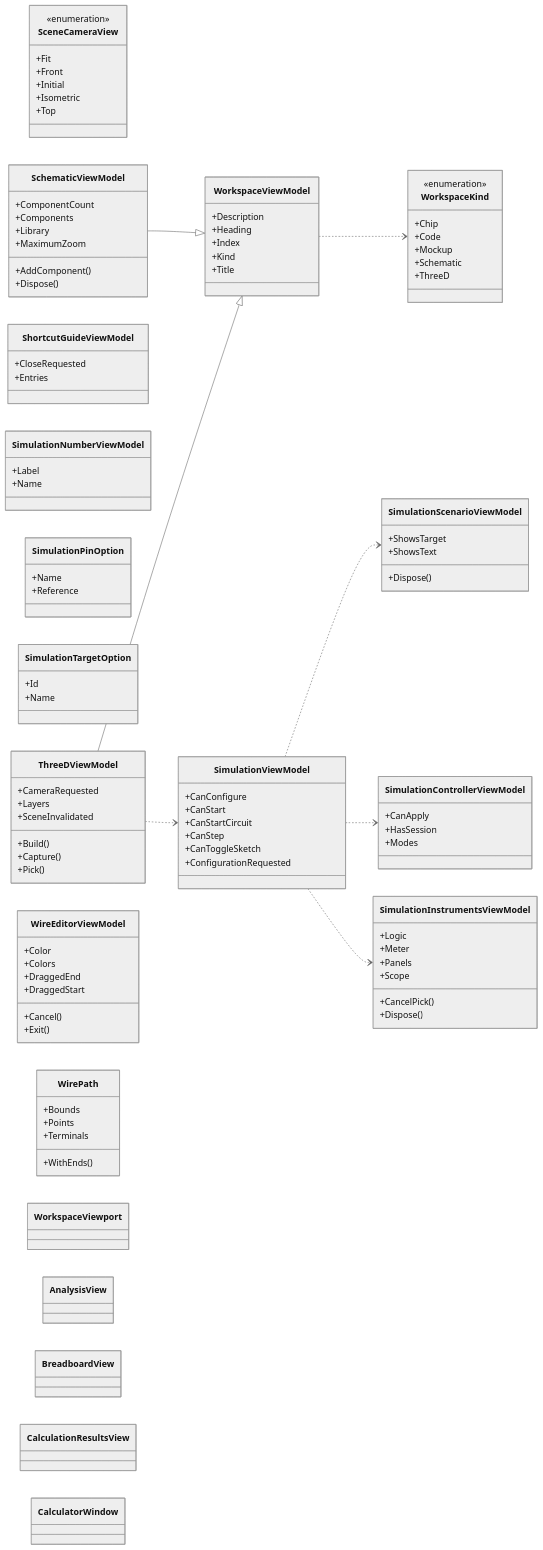
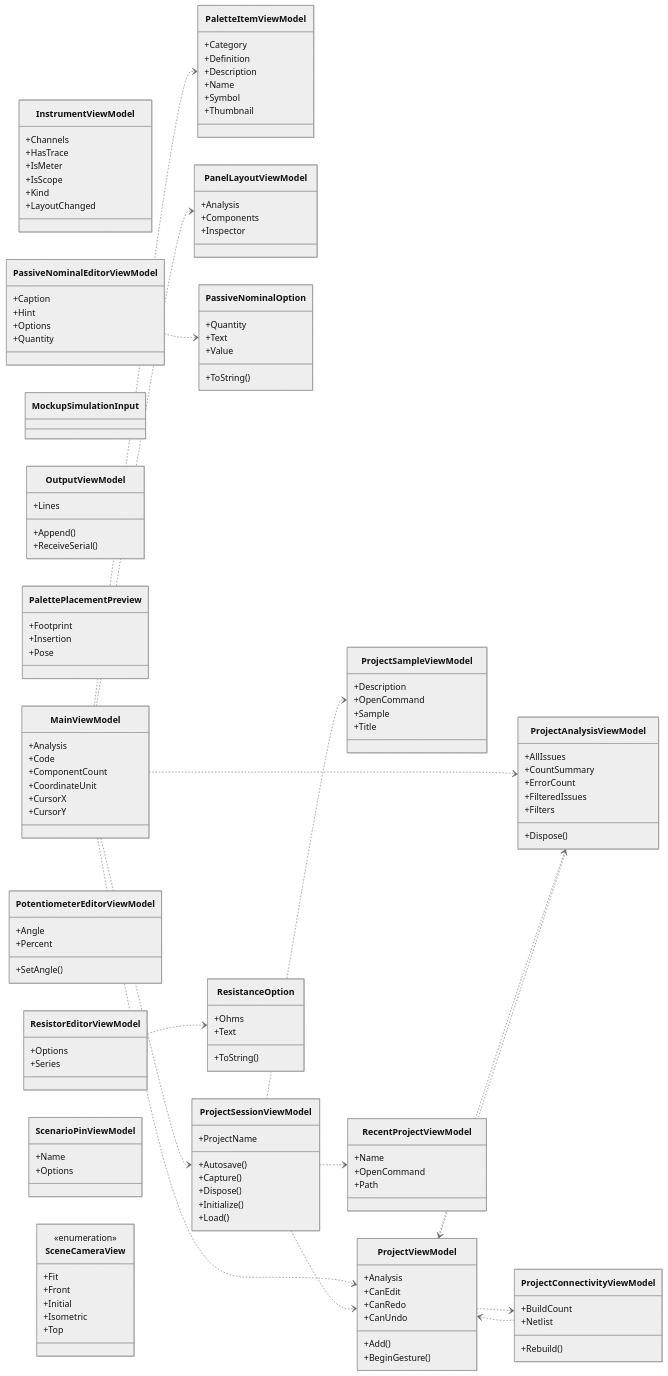
One commit to Ismail-DEV-dg/3D-physical-Technical-constructor changed the diagram in docs/uml/generated/views-viewmodels-app-07.mmd. Above: the diagram before and after it, drawn with Mermaid (neutral theme). The commit also changed 119 other files, not shown here.

Commit message:
Обновить руководство, галерею и UML для Circuit Editor 1.0.0

```diff
--- a/docs/uml/generated/views-viewmodels-app-07.mmd
+++ b/docs/uml/generated/views-viewmodels-app-07.mmd
@@ -1,94 +1,115 @@
 classDiagram
     direction LR
-    class T01["SceneCameraView"]
-    <<enumeration>> T01
-    T01 : +Fit
-    T01 : +Front
-    T01 : +Initial
-    T01 : +Isometric
-    T01 : +Top
-    class T02["SchematicViewModel"]
-    T02 : +AddComponent()
+    class T01["InstrumentViewModel"]
+    T01 : +Channels
+    T01 : +HasTrace
+    T01 : +IsMeter
+    T01 : +IsScope
+    T01 : +Kind
+    T01 : +LayoutChanged
+    class T02["MainViewModel"]
+    T02 : +Analysis
+    T02 : +Code
     T02 : +ComponentCount
-    T02 : +Components
-    T02 : +Dispose()
-    T02 : +Library
-    T02 : +MaximumZoom
-    class T03["ShortcutGuideViewModel"]
-    T03 : +CloseRequested
-    T03 : +Entries
-    class T04["SimulationControllerViewModel"]
-    T04 : +CanApply
-    T04 : +HasSession
-    T04 : +Modes
-    class T05["SimulationInstrumentsViewModel"]
-    T05 : +CancelPick()
-    T05 : +Dispose()
-    T05 : +Logic
-    T05 : +Meter
-    T05 : +Panels
-    T05 : +Scope
-    class T06["SimulationNumberViewModel"]
-    T06 : +Label
-    T06 : +Name
-    class T07["SimulationPinOption"]
-    T07 : +Name
-    T07 : +Reference
-    class T08["SimulationScenarioViewModel"]
-    T08 : +Dispose()
-    T08 : +ShowsTarget
-    T08 : +ShowsText
-    class T09["SimulationTargetOption"]
-    T09 : +Id
-    T09 : +Name
-    class T10["SimulationViewModel"]
-    T10 : +CanConfigure
-    T10 : +CanStart
-    T10 : +CanStartCircuit
-    T10 : +CanStep
-    T10 : +CanToggleSketch
-    T10 : +ConfigurationRequested
-    class T11["ThreeDViewModel"]
-    T11 : +Build()
-    T11 : +CameraRequested
-    T11 : +Capture()
-    T11 : +Layers
-    T11 : +Pick()
-    T11 : +SceneInvalidated
-    class T12["WireEditorViewModel"]
-    T12 : +Cancel()
-    T12 : +Color
-    T12 : +Colors
-    T12 : +DraggedEnd
-    T12 : +DraggedStart
-    T12 : +Exit()
-    class T13["WirePath"]
-    T13 : +Bounds
-    T13 : +Points
-    T13 : +Terminals
-    T13 : +WithEnds()
-    class T14["WorkspaceKind"]
-    <<enumeration>> T14
-    T14 : +Chip
-    T14 : +Code
-    T14 : +Mockup
-    T14 : +Schematic
-    T14 : +ThreeD
-    class T15["WorkspaceViewModel"]
-    T15 : +Description
-    T15 : +Heading
-    T15 : +Index
-    T15 : +Kind
-    T15 : +Title
-    class T16["WorkspaceViewport"]
-    class T17["AnalysisView"]
-    class T18["BreadboardView"]
-    class T19["CalculationResultsView"]
-    class T20["CalculatorWindow"]
-    T02 --|> T15
-    T10 ..> T08
-    T10 ..> T04
-    T10 ..> T05
-    T11 --|> T15
-    T11 ..> T10
-    T15 ..> T14
+    T02 : +CoordinateUnit
+    T02 : +CursorX
+    T02 : +CursorY
+    class T03["MockupSimulationInput"]
+    class T04["OutputViewModel"]
+    T04 : +Append()
+    T04 : +Lines
+    T04 : +ReceiveSerial()
+    class T05["PaletteItemViewModel"]
+    T05 : +Category
+    T05 : +Definition
+    T05 : +Description
+    T05 : +Name
+    T05 : +Symbol
+    T05 : +Thumbnail
+    class T06["PalettePlacementPreview"]
+    T06 : +Footprint
+    T06 : +Insertion
+    T06 : +Pose
+    class T07["PanelLayoutViewModel"]
+    T07 : +Analysis
+    T07 : +Components
+    T07 : +Inspector
+    class T08["PassiveNominalEditorViewModel"]
+    T08 : +Caption
+    T08 : +Hint
+    T08 : +Options
+    T08 : +Quantity
+    class T09["PassiveNominalOption"]
+    T09 : +Quantity
+    T09 : +Text
+    T09 : +ToString()
+    T09 : +Value
+    class T10["PotentiometerEditorViewModel"]
+    T10 : +Angle
+    T10 : +Percent
+    T10 : +SetAngle()
+    class T11["ProjectAnalysisViewModel"]
+    T11 : +AllIssues
+    T11 : +CountSummary
+    T11 : +Dispose()
+    T11 : +ErrorCount
+    T11 : +FilteredIssues
+    T11 : +Filters
+    class T12["ProjectConnectivityViewModel"]
+    T12 : +BuildCount
+    T12 : +Netlist
+    T12 : +Rebuild()
+    class T13["ProjectSampleViewModel"]
+    T13 : +Description
+    T13 : +OpenCommand
+    T13 : +Sample
+    T13 : +Title
+    class T14["ProjectSessionViewModel"]
+    T14 : +Autosave()
+    T14 : +Capture()
+    T14 : +Dispose()
+    T14 : +Initialize()
+    T14 : +Load()
+    T14 : +ProjectName
+    class T15["ProjectViewModel"]
+    T15 : +Add()
+    T15 : +Analysis
+    T15 : +BeginGesture()
+    T15 : +CanEdit
+    T15 : +CanRedo
+    T15 : +CanUndo
+    class T16["RecentProjectViewModel"]
+    T16 : +Name
+    T16 : +OpenCommand
+    T16 : +Path
+    class T17["ResistanceOption"]
+    T17 : +Ohms
+    T17 : +Text
+    T17 : +ToString()
+    class T18["ResistorEditorViewModel"]
+    T18 : +Options
+    T18 : +Series
+    class T19["ScenarioPinViewModel"]
+    T19 : +Name
+    T19 : +Options
+    class T20["SceneCameraView"]
+    <<enumeration>> T20
+    T20 : +Fit
+    T20 : +Front
+    T20 : +Initial
+    T20 : +Isometric
+    T20 : +Top
+    T02 ..> T14
+    T02 ..> T11
+    T02 ..> T07
+    T02 ..> T05
+    T02 ..> T15
+    T08 ..> T09
+    T11 ..> T15
+    T12 ..> T15
+    T14 ..> T15
+    T14 ..> T13
+    T14 ..> T16
+    T15 ..> T11
+    T15 ..> T12
+    T18 ..> T17
```
